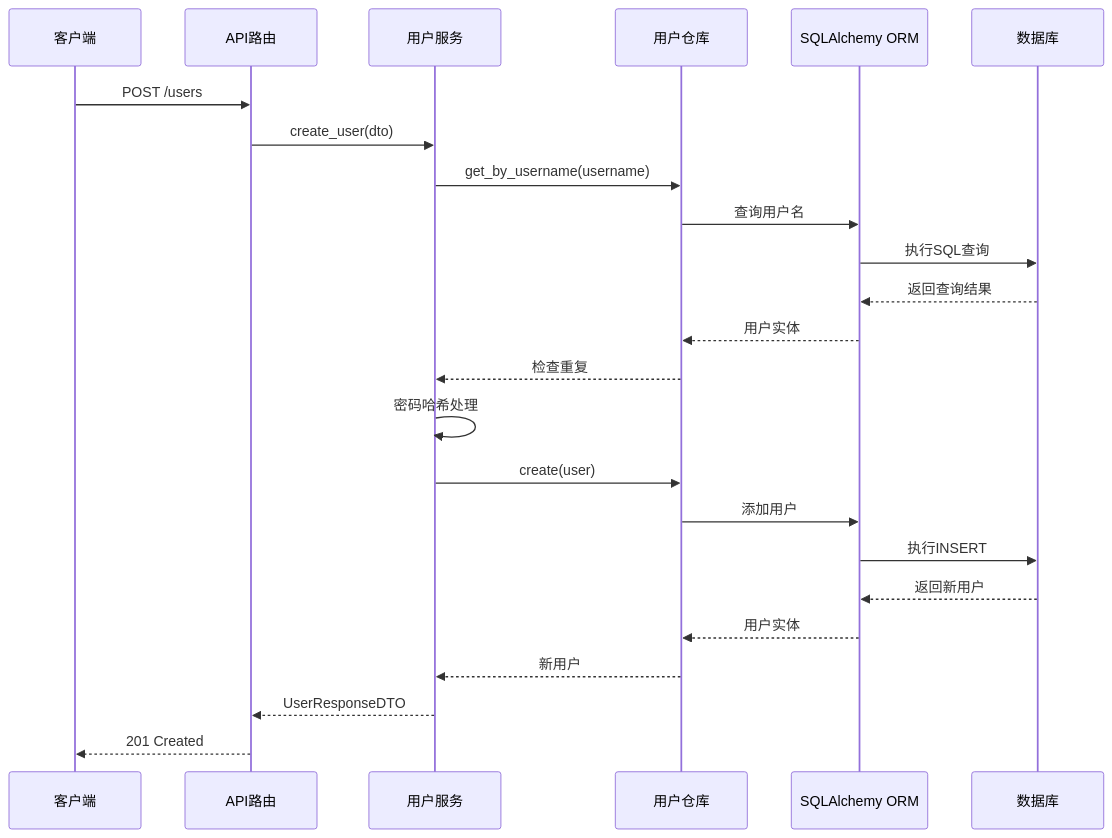
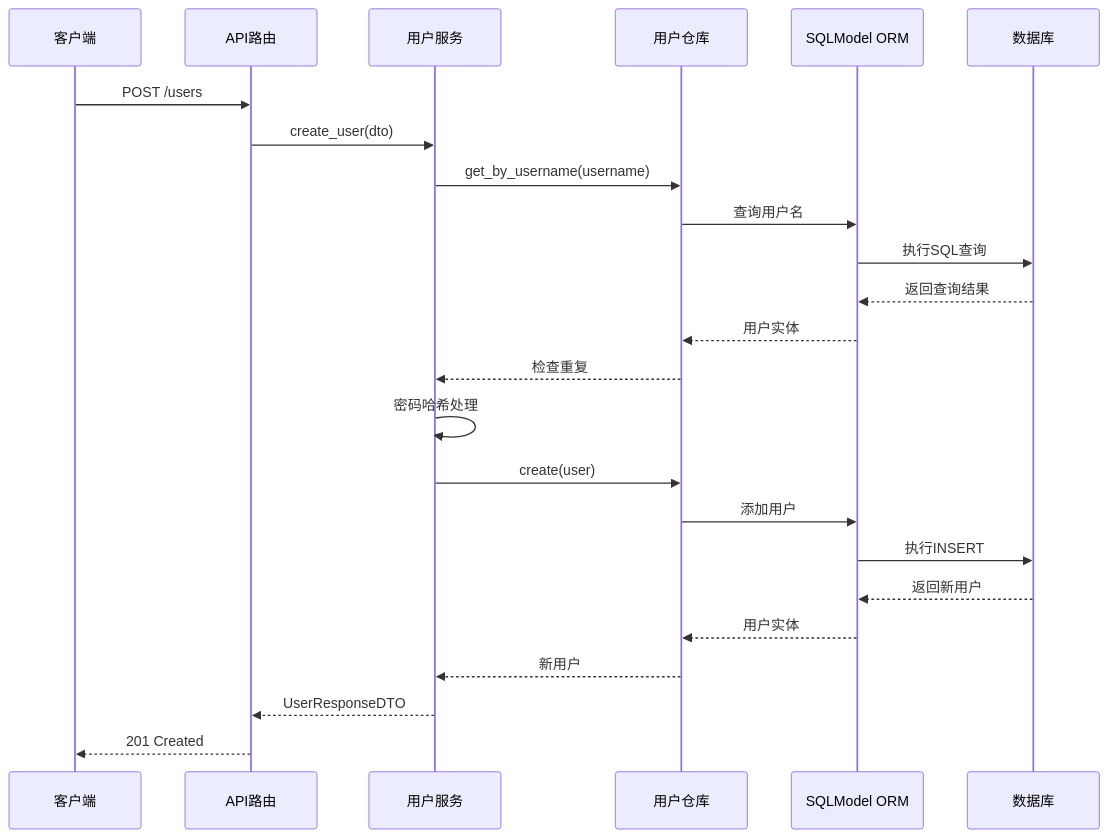
The second of 7 diagrams in .qoder/repowiki/zh/content/数据模型设计/用户实体模型.md (taoweidong/Hello-FastApi), drawn with Mermaid before and after one commit. The commit also changed other lines of this file and 11 other files, not shown here.

````diff
--- a/.qoder/repowiki/zh/content/数据模型设计/用户实体模型.md
+++ b/.qoder/repowiki/zh/content/数据模型设计/用户实体模型.md
@@ -145,26 +149,26 @@
 ```mermaid
 sequenceDiagram
 participant Client as 客户端
 participant API as API路由
 participant Service as 用户服务
 participant Repo as 用户仓库
-participant ORM as SQLAlchemy ORM
+participant SQLModel as SQLModel ORM
 participant DB as 数据库
 Client->>API : POST /users
 API->>Service : create_user(dto)
 Service->>Repo : get_by_username(username)
-Repo->>ORM : 查询用户名
-ORM->>DB : 执行SQL查询
-DB-->>ORM : 返回查询结果
-ORM-->>Repo : 用户实体
+Repo->>SQLModel : 查询用户名
+SQLModel->>DB : 执行SQL查询
+DB-->>SQLModel : 返回查询结果
+SQLModel-->>Repo : 用户实体
 Repo-->>Service : 检查重复
 Service->>Service : 密码哈希处理
 Service->>Repo : create(user)
-Repo->>ORM : 添加用户
-ORM->>DB : 执行INSERT
-DB-->>ORM : 返回新用户
-ORM-->>Repo : 用户实体
+Repo->>SQLModel : 添加用户
+SQLModel->>DB : 执行INSERT
+DB-->>SQLModel : 返回新用户
+SQLModel-->>Repo : 用户实体
 Repo-->>Service : 新用户
 Service-->>API : UserResponseDTO
 API-->>Client : 201 Created
 ```
````
